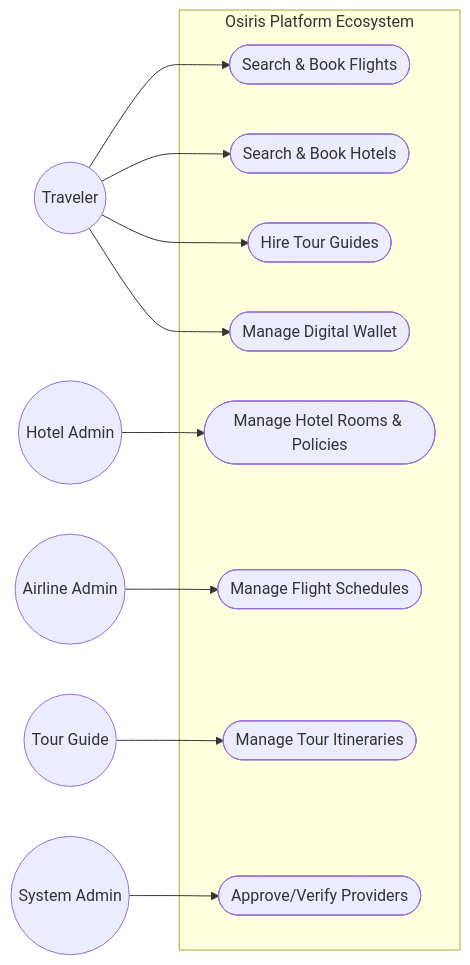
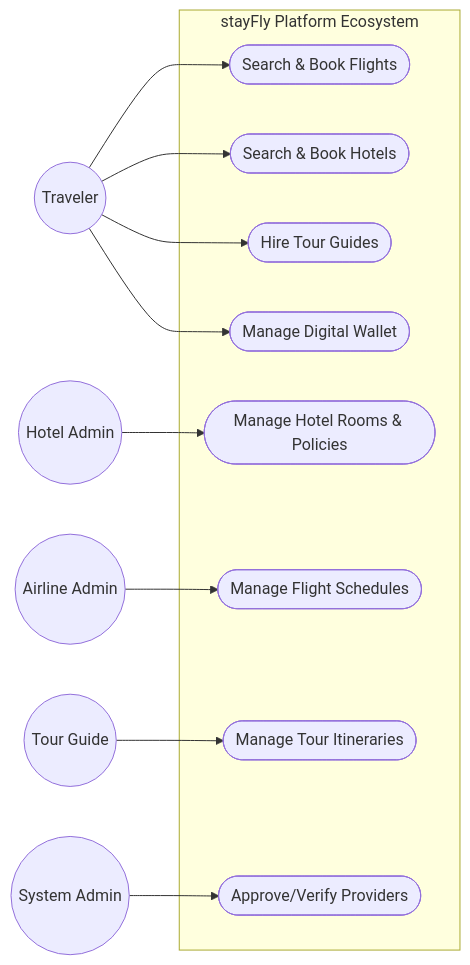
Before and after one commit to abdelrahmansaeed19/StayFly: the first of 12 diagrams in docs/System_Analysis_and_Design.md, drawn with Mermaid. The commit also changed other lines of this file, not shown here.

Commit message:
Rename Osiris to stayFly in documentation

````diff
--- a/docs/System_Analysis_and_Design.md
+++ b/docs/System_Analysis_and_Design.md
@@ -14,34 +13,34 @@
 ```mermaid
 flowchart LR
     %% Actors
     U((Traveler))
     HA((Hotel Admin))
     AA((Airline Admin))
     TG((Tour Guide))
     SA((System Admin))
 
     %% Use Cases
-    subgraph Osiris Platform Ecosystem
+    subgraph stayFly Platform Ecosystem
         UC1([Search & Book Flights])
         UC2([Search & Book Hotels])
         UC3([Hire Tour Guides])
         UC4([Manage Digital Wallet])
         UC5([Manage Hotel Rooms & Policies])
         UC6([Manage Flight Schedules])
         UC7([Manage Tour Itineraries])
         UC8([Approve/Verify Providers])
     end
 
     %% Relationships
     U --> UC1
     U --> UC2
     U --> UC3
     U --> UC4
     
     HA --> UC5
     AA --> UC6
     TG --> UC7
     
     SA --> UC8
 
 ```
````
